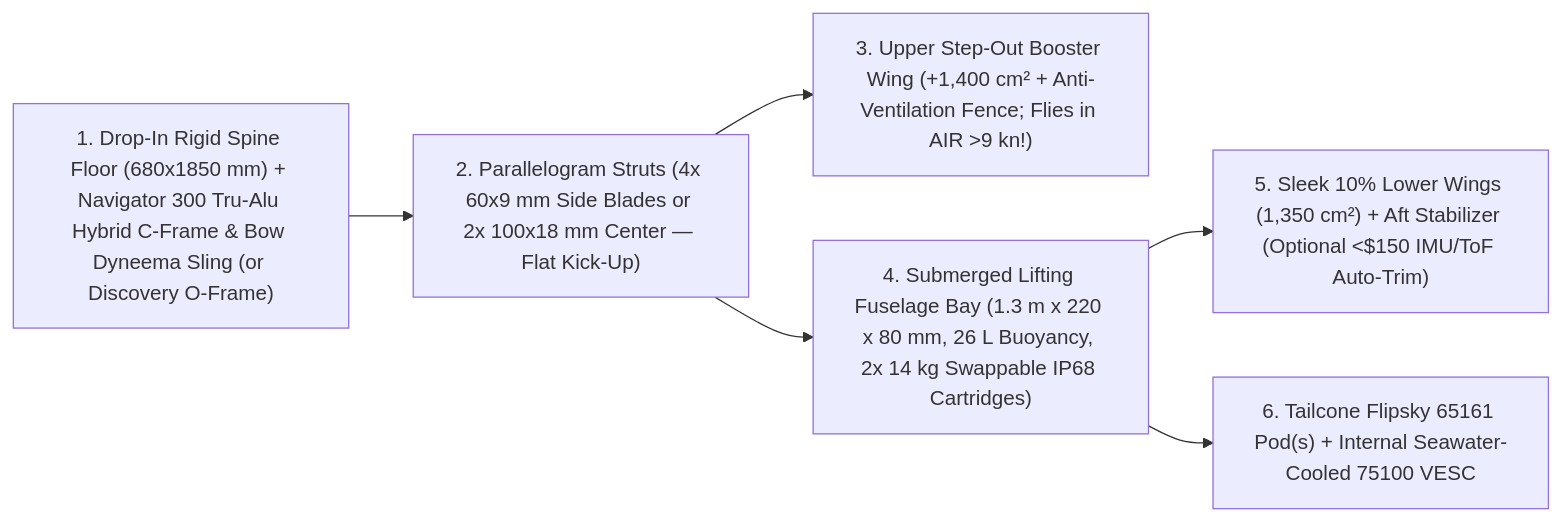
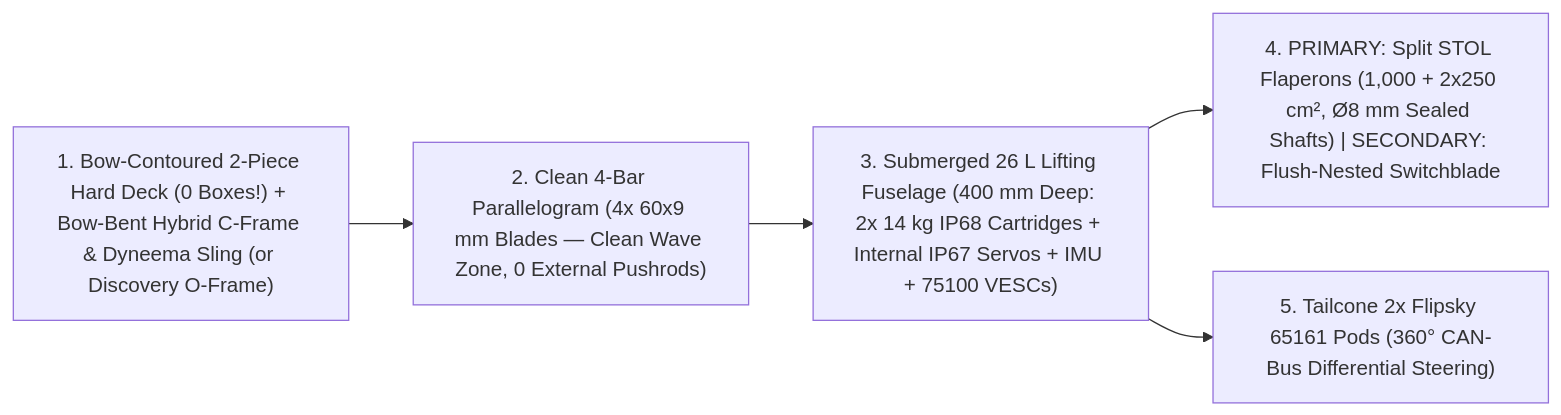
The first of 2 diagrams in README.md (boats-boats-boats/foil-skiff), drawn with Mermaid before and after one commit. The commit also changed other lines of this file and 31 other files, not shown here.

Commit message:
Promote Split STOL Flaperons (internal pod servos) to Primary, Switchblades to Secondary, contour bow Hard Deck & under-hull plate, and add DESIGN_TRADE_OFFS.md

````diff
--- a/README.md
+++ b/README.md
@@ -17,8 +17,7 @@
 ```mermaid
 flowchart LR
-    Floor["1. Drop-In Rigid Spine Floor (680x1850 mm) + Navigator 300 Tru-Alu Hybrid C-Frame & Bow Dyneema Sling (or Discovery O-Frame)"] --> Strut["2. Parallelogram Struts (4x 60x9 mm Side Blades or 2x 100x18 mm Center — Flat Kick-Up)"]
-    Strut --> Upper["3. Upper Step-Out Booster Wing (+1,400 cm² + Anti-Ventilation Fence; Flies in AIR >9 kn!)"]
-    Strut --> Fuse["4. Submerged Lifting Fuselage Bay (1.3 m x 220 x 80 mm, 26 L Buoyancy, 2x 14 kg Swappable IP68 Cartridges)"]
-    Fuse --> Wings["5. Sleek 10% Lower Wings (1,350 cm²) + Aft Stabilizer (Optional <$150 IMU/ToF Auto-Trim)"]
-    Fuse --> Motor["6. Tailcone Flipsky 65161 Pod(s) + Internal Seawater-Cooled 75100 VESC"]
+    Floor["1. Bow-Contoured 2-Piece Hard Deck (0 Boxes!) + Bow-Bent Hybrid C-Frame & Dyneema Sling (or Discovery O-Frame)"] --> Strut["2. Clean 4-Bar Parallelogram (4x 60x9 mm Blades — Clean Wave Zone, 0 External Pushrods)"]
+    Strut --> Fuse["3. Submerged 26 L Lifting Fuselage (400 mm Deep: 2x 14 kg IP68 Cartridges + Internal IP67 Servos + IMU + 75100 VESCs)"]
+    Fuse --> Wings["4. PRIMARY: Split STOL Flaperons (1,000 + 2x250 cm², Ø8 mm Sealed Shafts) | SECONDARY: Flush-Nested Switchblade"]
+    Fuse --> Motor["5. Tailcone 2x Flipsky 65161 Pods (360° CAN-Bus Differential Steering)"]
 ```
````
